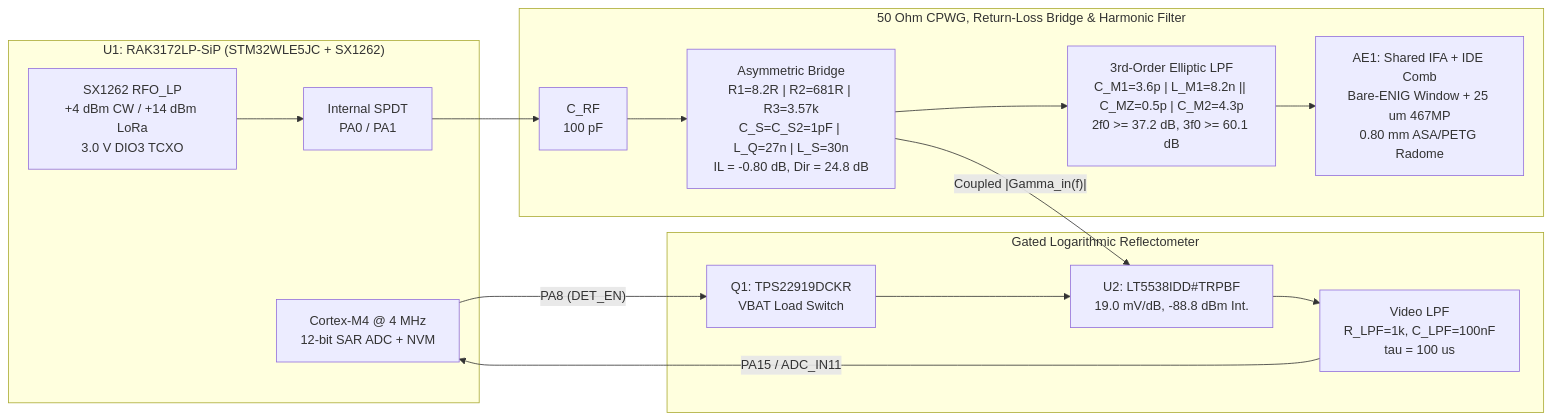
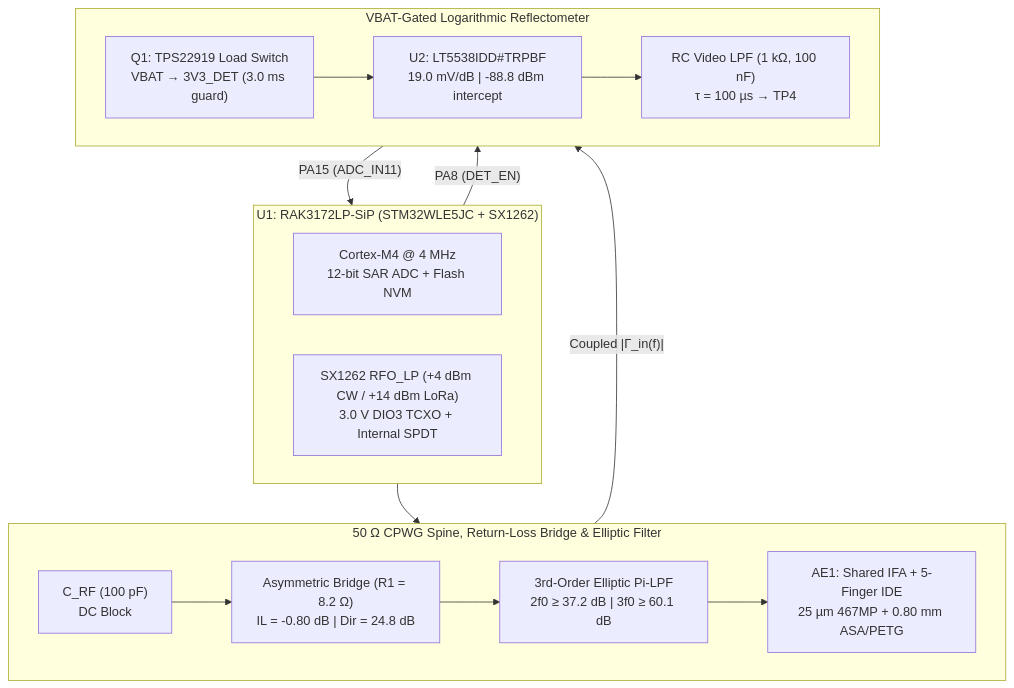
The first of 2 diagrams in README.md (abbottsteve/LoRaWAN-ISAC-868MHz), drawn with Mermaid before and after one commit. The commit also changed other lines of this file and 6 other files, not shown here.

Commit message:
docs(reve5): fix GitHub MathML equations, Mermaid clipping, full-width figures, and BOM table wrapping

````diff
--- a/README.md
+++ b/README.md
@@ -76,28 +76,30 @@
 ```mermaid
-flowchart LR
-    subgraph SIP["U1: RAK3172LP-SiP (STM32WLE5JC + SX1262)"]
-        MCU["Cortex-M4 @ 4 MHz\n12-bit SAR ADC + NVM"]
-        SYN["SX1262 RFO_LP\n+4 dBm CW / +14 dBm LoRa\n3.0 V DIO3 TCXO"]
-        SPDT["Internal SPDT\nPA0 / PA1"]
-        SYN --> SPDT
+flowchart TB
+    subgraph TXRX["U1: RAK3172LP-SiP (STM32WLE5JC + SX1262)"]
+        direction LR
+        MCU["Cortex-M4 @ 4 MHz<br/>12-bit SAR ADC + Flash NVM"]
+        SYN["SX1262 RFO_LP (+4 dBm CW / +14 dBm LoRa)<br/>3.0 V DIO3 TCXO + Internal SPDT"]
     end
 
-    subgraph RFF["50 Ohm CPWG, Return-Loss Bridge & Harmonic Filter"]
-        CRF["C_RF\n100 pF"]
-        BRG["Asymmetric Bridge\nR1=8.2R | R2=681R | R3=3.57k\nC_S=C_S2=1pF | L_Q=27n | L_S=30n\nIL = -0.80 dB, Dir = 24.8 dB"]
-        ELL["3rd-Order Elliptic LPF\nC_M1=3.6p | L_M1=8.2n || C_MZ=0.5p | C_M2=4.3p\n2f0 >= 37.2 dB, 3f0 >= 60.1 dB"]
-        AE1["AE1: Shared IFA + IDE Comb\nBare-ENIG Window + 25 um 467MP\n0.80 mm ASA/PETG Radome"]
-        SPDT --> CRF --> BRG --> ELL --> AE1
+    subgraph RFF["50 Ω CPWG Spine, Return-Loss Bridge & Elliptic Filter"]
+        direction LR
+        CRF["C_RF (100 pF)<br/>DC Block"]
+        BRG["Asymmetric Bridge (R1 = 8.2 Ω)<br/>IL = -0.80 dB | Dir = 24.8 dB"]
+        ELL["3rd-Order Elliptic Pi-LPF<br/>2f0 ≥ 37.2 dB | 3f0 ≥ 60.1 dB"]
+        AE1["AE1: Shared IFA + 5-Finger IDE<br/>25 µm 467MP + 0.80 mm ASA/PETG"]
+        CRF --> BRG --> ELL --> AE1
     end
 
-    subgraph DET["Gated Logarithmic Reflectometer"]
-        LT["U2: LT5538IDD#TRPBF\n19.0 mV/dB, -88.8 dBm Int."]
-        LPF["Video LPF\nR_LPF=1k, C_LPF=100nF\ntau = 100 us"]
-        Q1["Q1: TPS22919DCKR\nVBAT Load Switch"]
-        BRG -- "Coupled |Gamma_in(f)|" --> LT --> LPF
-        Q1 --> LT
+    subgraph DET["VBAT-Gated Logarithmic Reflectometer"]
+        direction LR
+        Q1["Q1: TPS22919 Load Switch<br/>VBAT → 3V3_DET (3.0 ms guard)"]
+        LT["U2: LT5538IDD#TRPBF<br/>19.0 mV/dB | -88.8 dBm intercept"]
+        LPF["RC Video LPF (1 kΩ, 100 nF)<br/>τ = 100 µs → TP4"]
+        Q1 --> LT --> LPF
     end
 
-    LPF -- "PA15 / ADC_IN11" --> MCU
+    SYN --> CRF
+    BRG -- "Coupled |Γ_in(f)|" --> LT
     MCU -- "PA8 (DET_EN)" --> Q1
+    LPF -- "PA15 (ADC_IN11)" --> MCU
 ```
````
